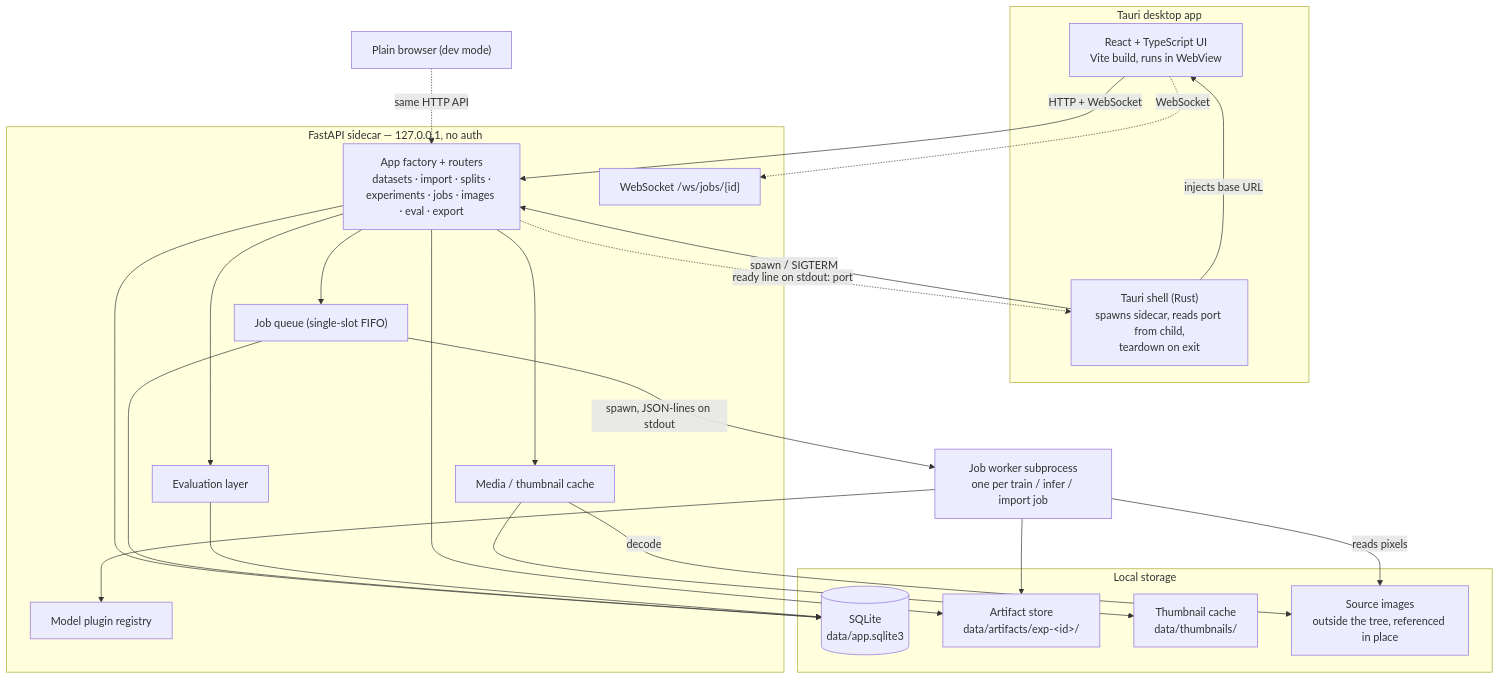
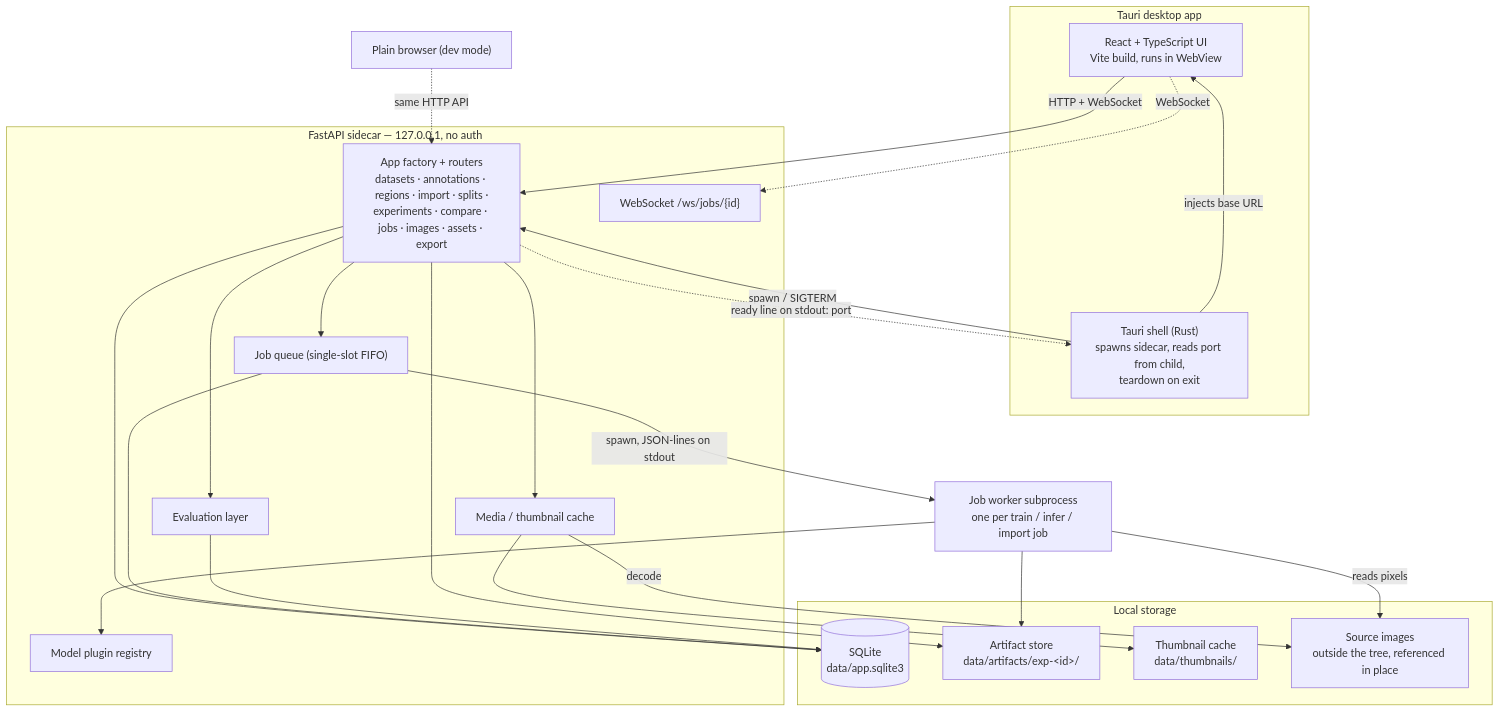
Before and after one commit to VitalyVorobyev/visual-anomaly-lab: the diagram in docs/architecture/README.md, drawn with Mermaid. The commit also changed other lines of this file and 37 other files, not shown here.

````diff
--- a/docs/architecture/README.md
+++ b/docs/architecture/README.md
@@ -88,48 +88,48 @@
 ```mermaid
 flowchart TB
     subgraph desktop["Tauri desktop app"]
         UI["React + TypeScript UI<br/>Vite build, runs in WebView"]
         SHELL["Tauri shell (Rust)<br/>spawns sidecar, reads port from child,<br/>teardown on exit"]
     end
 
     subgraph backend["FastAPI sidecar — 127.0.0.1, no auth"]
-        API["App factory + routers<br/>datasets · import · splits ·<br/>experiments · jobs · images · eval · export"]
+        API["App factory + routers<br/>datasets · annotations · regions · import · splits ·<br/>experiments · compare · jobs · images · assets · export"]
         WS["WebSocket /ws/jobs/{id}"]
         REG["Model plugin registry"]
         QUEUE["Job queue (single-slot FIFO)"]
         EVAL["Evaluation layer"]
         MEDIA["Media / thumbnail cache"]
     end
 
     WORKER["Job worker subprocess<br/>one per train / infer / import job"]
 
     subgraph storage["Local storage"]
         DB[("SQLite<br/>data/app.sqlite3")]
         ART["Artifact store<br/>data/artifacts/exp-&lt;id&gt;/"]
         THUMB["Thumbnail cache<br/>data/thumbnails/"]
         PRIV["Source images<br/>outside the tree, referenced in place"]
     end
 
     UI -->|"HTTP + WebSocket"| API
     UI -.->|"WebSocket"| WS
     SHELL -->|"spawn / SIGTERM"| API
     API -.->|"ready line on stdout: port"| SHELL
     SHELL -->|"injects base URL"| UI
 
     API --> QUEUE
     API --> EVAL
     API --> MEDIA
     QUEUE -->|"spawn, JSON-lines on stdout"| WORKER
     WORKER --> REG
     WORKER --> ART
     WORKER -->|"reads pixels"| PRIV
 
     API --> DB
     QUEUE --> DB
     EVAL --> DB
     MEDIA --> THUMB
     MEDIA -->|"decode"| PRIV
     API --> ART
 
     BROWSER["Plain browser (dev mode)"] -.->|"same HTTP API"| API
 ```
````
